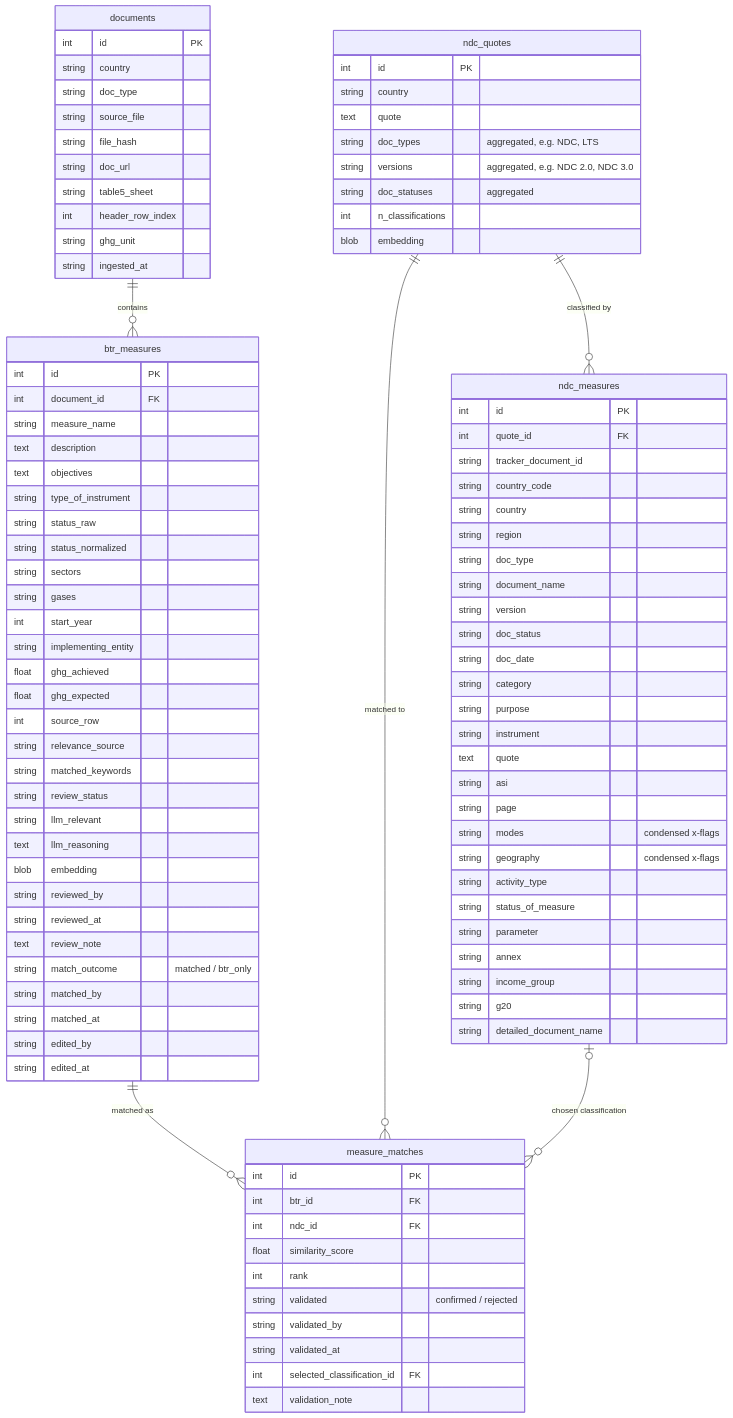
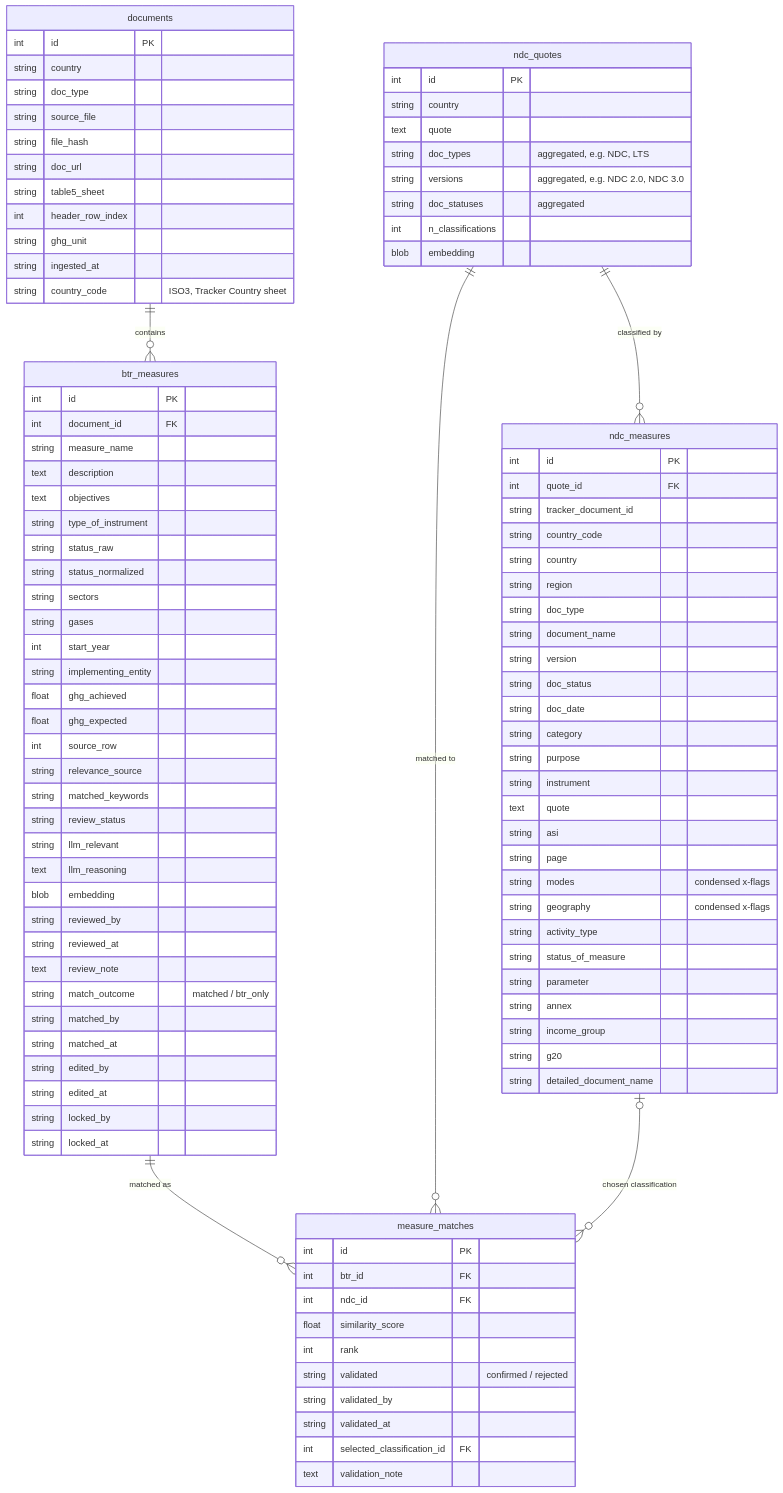
The diagram in README.md (Changing-Transport/btr-analysis), drawn with Mermaid before and after one commit. The commit also changed other lines of this file and 20 other files, not shown here.

```diff
--- a/README.md
+++ b/README.md
@@ -142,6 +150,7 @@
     int header_row_index
     string ghg_unit
     string ingested_at
+    string country_code "ISO3, Tracker Country sheet"
   }
 
   btr_measures {
@@ -174,6 +183,8 @@
     string matched_at
     string edited_by
     string edited_at
+    string locked_by
+    string locked_at
   }
 
   ndc_measures {
```
